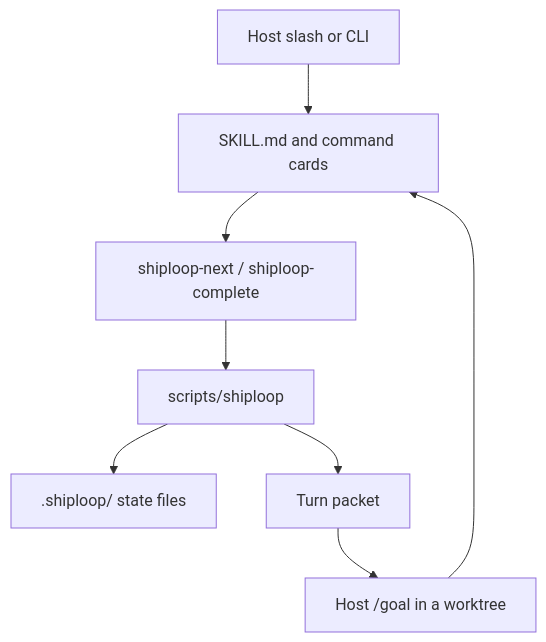
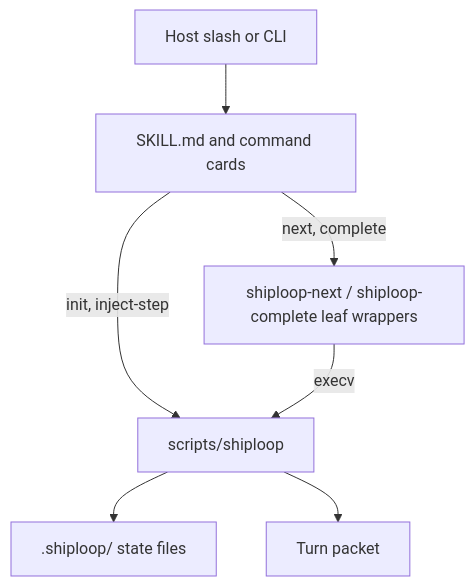
Before and after one commit to whichguy/skill-craft: the first of 5 diagrams in skills/shiploop/README.md, drawn with Mermaid. The commit also changed other lines of this file and 1 other file, not shown here.

First line of the commit message:
Document ShipLoop session flows with audited mermaid diagrams.

````diff
--- a/skills/shiploop/README.md
+++ b/skills/shiploop/README.md
@@ -59,17 +59,15 @@
 ```mermaid
 flowchart TB
   user[Host slash or CLI]
   card[SKILL.md and command cards]
-  wrap[shiploop-next / shiploop-complete]
+  wrap["shiploop-next / shiploop-complete leaf wrappers"]
   harness[scripts/shiploop]
   state[".shiploop/ state files"]
   packet[Turn packet]
-  goal[Host /goal in a worktree]
   user --> card
-  card --> wrap
-  wrap --> harness
+  card -->|next, complete| wrap
+  card -->|init, inject-step| harness
+  wrap -->|execv| harness
   harness --> state
   harness --> packet
-  packet --> goal
-  goal --> card
 ```
````
